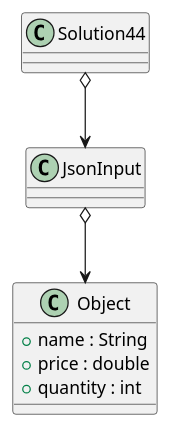
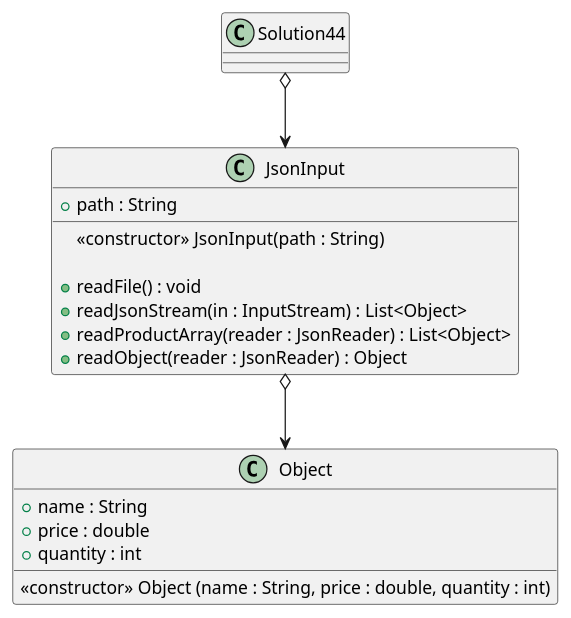
The diagram in src/main/java/ex44/ex44.puml (GSabiniPanini/little-cop3330-assignment3), drawn with PlantUML before and after one commit. The commit also changed 3 other files, not shown here.

```diff
--- a/src/main/java/ex44/ex44.puml
+++ b/src/main/java/ex44/ex44.puml
@@ -1,20 +1,30 @@
 @startuml
 'https://plantuml.com/class-diagram
 
 class Solution44 {
 }
 
 class JsonInput {
+    + path : String
+
+    <<constructor>> JsonInput(path : String)
+
+    + readFile() : void
+    + readJsonStream(in : InputStream) : List<Object>
+    + readProductArray(reader : JsonReader) : List<Object>
+    + readObject(reader : JsonReader) : Object
 
 }
 
 class Object {
     + name : String
     + price : double
     + quantity : int
+
+    <<constructor>> Object (name : String, price : double, quantity : int)
 }
 
 Solution44 o--> JsonInput
 JsonInput o--> Object
 
 @enduml
```
